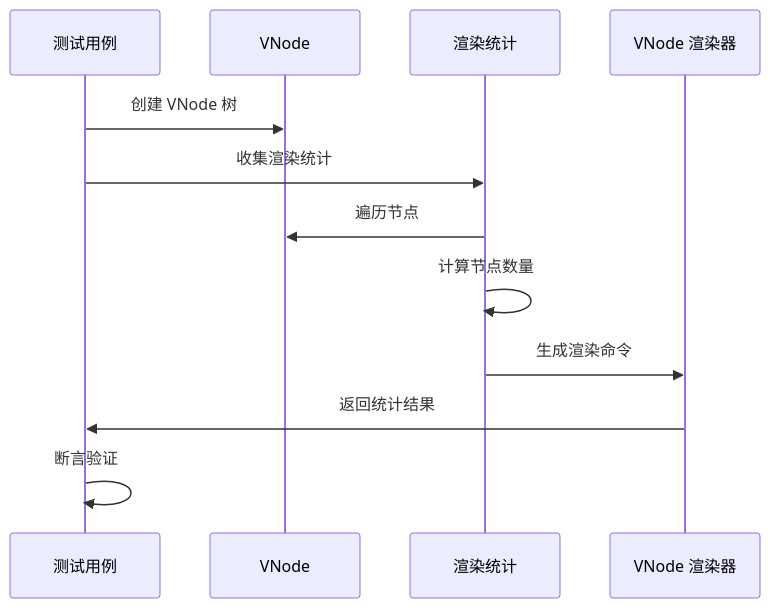
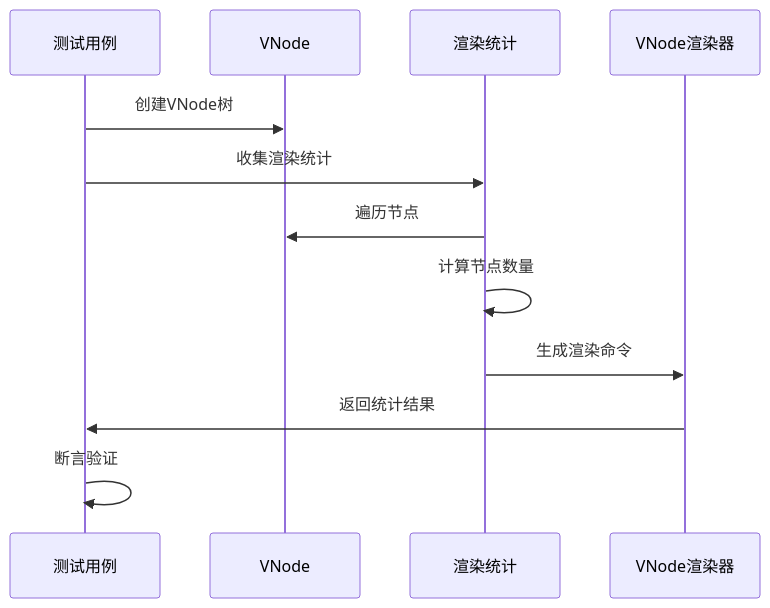
Before and after one commit to itszzl-sudo/iris: the fourth of 15 diagrams in .qoder/repowiki/zh/content/核心功能特性/工程化与商业化能力/测试框架与基础设施/测试框架与基础设施.md, drawn with Mermaid. The commit also changed other lines of this file and 4 other files, not shown here.

````diff
--- a/.qoder/repowiki/zh/content/核心功能特性/工程化与商业化能力/测试框架与基础设施/测试框架与基础设施.md
+++ b/.qoder/repowiki/zh/content/核心功能特性/工程化与商业化能力/测试框架与基础设施/测试框架与基础设施.md
@@ -201,14 +201,14 @@
 ```mermaid
 sequenceDiagram
 participant TEST as 测试用例
 participant VNODE as VNode
 participant STATS as 渲染统计
-participant RENDERER as VNode 渲染器
-TEST->>VNODE : 创建 VNode 树
+participant RENDERER as VNode渲染器
+TEST->>VNODE : 创建VNode树
 TEST->>STATS : 收集渲染统计
 STATS->>VNODE : 遍历节点
 STATS->>STATS : 计算节点数量
 STATS->>RENDERER : 生成渲染命令
 RENDERER->>TEST : 返回统计结果
 TEST->>TEST : 断言验证
 ```
````
